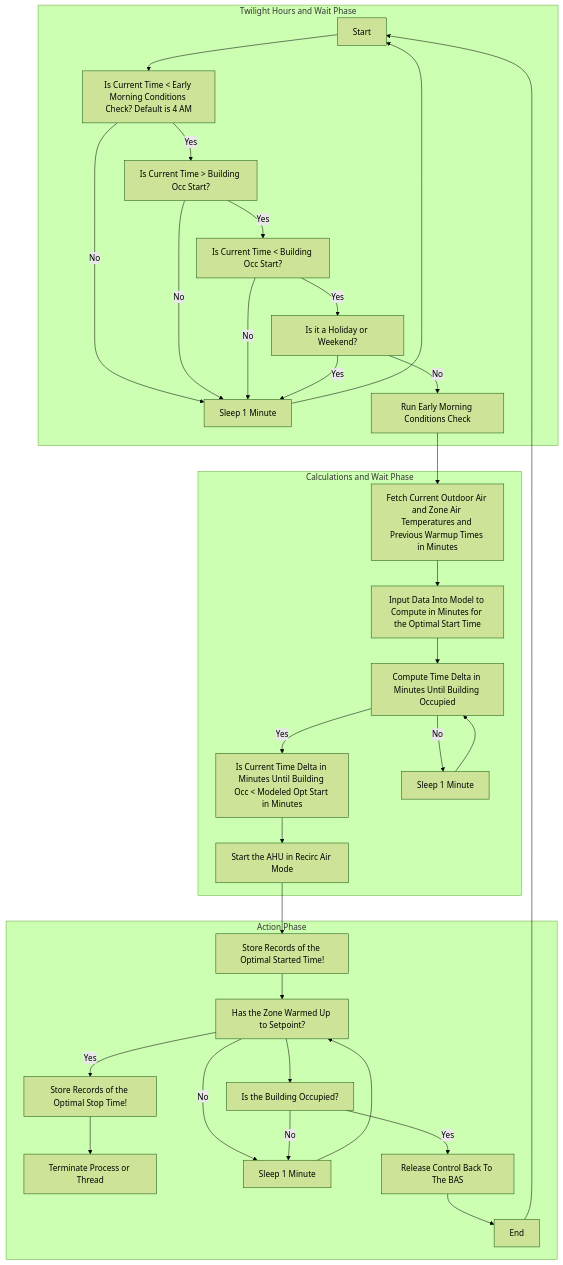
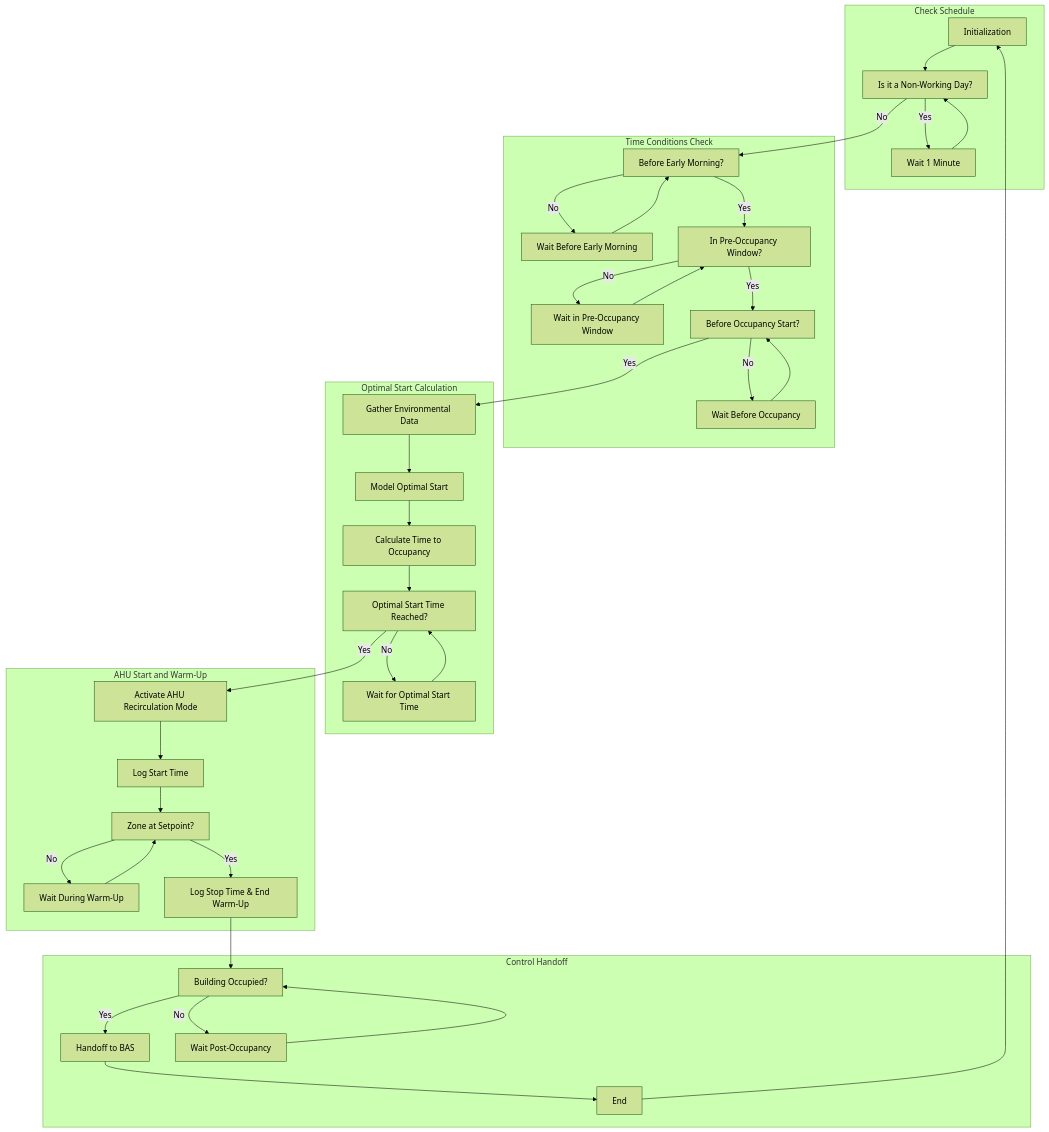
Before and after one commit to bbartling/OptimalStartStopHvac: the diagram in OptimalStartStop/README.md, drawn with Mermaid (forest theme).

Commit message:
Updated Mermaid for opt start stop README

````diff
--- a/OptimalStartStop/README.md
+++ b/OptimalStartStop/README.md
@@ -10,42 +10,52 @@
 ```mermaid
 graph TD
-    subgraph Phase1[Twilight Hours and Wait Phase]
-        CheckTime[Start] --> time0[Is Current Time < Early Morning Conditions Check? Default is 4 AM]
-        time0 -->|Yes| time1[Is Current Time > Building Occ Start?]
-        time0 -->|No| sleepOneMinStart[Sleep 1 Minute]
-        time1 -->|Yes| time2[Is Current Time < Building Occ Start?]
-        time1 -->|No| sleepOneMinStart
-        time2 -->|Yes| holidayWeekendCheck[Is it a Holiday or Weekend?]
-        time2 -->|No| sleepOneMinStart
-        holidayWeekendCheck -->|No| conditionCheck[Run Early Morning Conditions Check]
-        holidayWeekendCheck -->|Yes| sleepOneMinStart
+
+    subgraph CheckSchedule["Check Schedule"]
+        Initialization[Initialization] --> NonWorkingDayCheck["Is it a Non-Working Day?"]
+        NonWorkingDayCheck -->|Yes| WaitNonWorking["Wait 1 Minute"]
+        WaitNonWorking --> NonWorkingDayCheck
     end
 
-    subgraph Phase2[Calculations and Wait Phase]
-        conditionCheck --> sqlForConditionCheck[Fetch Current Outdoor Air and Zone Air Temperatures and Previous Warmup Times in Minutes]
-        sqlForConditionCheck --> modelOptStartData[Input Data Into Model to Compute in Minutes for the Optimal Start Time]
-        modelOptStartData --> computeTimeDeltaUntilBuildOcc[Compute Time Delta in Minutes Until Building Occupied]
-        computeTimeDeltaUntilBuildOcc -->|Yes| timeCheckBeforeOcc[Is Current Time Delta in Minutes Until Building Occ < Modeled Opt Start in Minutes]
-        computeTimeDeltaUntilBuildOcc -->|No| sleepOneMinOptStart[Sleep 1 Minute]
-        sleepOneMinOptStart --> computeTimeDeltaUntilBuildOcc
-        timeCheckBeforeOcc --> equipmentStart[Start the AHU in Recirc Air Mode]
+    subgraph TimeConditionsCheck["Time Conditions Check"]
+        NonWorkingDayCheck -->|No| BeforeEarlyMorningCheck["Before Early Morning?"]
+        BeforeEarlyMorningCheck -->|No| WaitBeforeEarlyMorning["Wait Before Early Morning"]
+        WaitBeforeEarlyMorning --> BeforeEarlyMorningCheck
+
+        BeforeEarlyMorningCheck -->|Yes| PreOccupancyWindowCheck["In Pre-Occupancy Window?"]
+        PreOccupancyWindowCheck -->|No| WaitPreOccupancyWindow["Wait in Pre-Occupancy Window"]
+        WaitPreOccupancyWindow --> PreOccupancyWindowCheck
+
+        PreOccupancyWindowCheck -->|Yes| BeforeOccupancyStartCheck["Before Occupancy Start?"]
+        BeforeOccupancyStartCheck -->|No| WaitBeforeOccupancy["Wait Before Occupancy"]
+        WaitBeforeOccupancy --> BeforeOccupancyStartCheck
     end
 
-    subgraph Phase3[Action Phase]
-        equipmentStart --> recordCacheStart[Store Records of the Optimal Started Time!]
-        recordCacheStart --> hasZoneWarmedUp[Has the Zone Warmed Up to Setpoint?]
-        hasZoneWarmedUp -->|Yes| warmUpComplete[Store Records of the Optimal Stop Time!]
-        warmUpComplete --> terminateThread[Terminate Process or Thread]
-        hasZoneWarmedUp -->|No| hasZoneWarmedUpSleep[Sleep 1 Minute]
-        hasZoneWarmedUpSleep --> hasZoneWarmedUp
-        hasZoneWarmedUp --> isBuildingOccupied[Is the Building Occupied?]
-        isBuildingOccupied -->|Yes| releaseBackToBas[Release Control Back To The BAS]
-        isBuildingOccupied -->|No| hasZoneWarmedUpSleep
-        releaseBackToBas --> End[End]
+    subgraph OptimalStartCalculation["Optimal Start Calculation"]
+        BeforeOccupancyStartCheck -->|Yes| GatherEnvironmentalData["Gather Environmental Data"]
+        GatherEnvironmentalData --> ModelOptimalStart["Model Optimal Start"]
+        ModelOptimalStart --> CalculateTimeToOccupancy["Calculate Time to Occupancy"]
+        CalculateTimeToOccupancy --> OptimalStartTimeReachedCheck["Optimal Start Time Reached?"]
+        OptimalStartTimeReachedCheck -->|No| WaitOptimalStartTime["Wait for Optimal Start Time"]
+        WaitOptimalStartTime --> OptimalStartTimeReachedCheck
     end
 
-    sleepOneMinStart --> CheckTime
-    End --> CheckTime[Start]
+    subgraph AHUStartAndWarmUp["AHU Start and Warm-Up"]
+        OptimalStartTimeReachedCheck -->|Yes| ActivateAHURecirculation["Activate AHU Recirculation Mode"]
+        ActivateAHURecirculation --> LogStartTime["Log Start Time"]
+        LogStartTime --> ZoneAtSetpointCheck["Zone at Setpoint?"]
+        ZoneAtSetpointCheck -->|No| WaitDuringWarmUp["Wait During Warm-Up"]
+        ZoneAtSetpointCheck -->|Yes| LogStopTimeAndEndWarmUp["Log Stop Time & End Warm-Up"]
+        WaitDuringWarmUp --> ZoneAtSetpointCheck
+    end
 
+    subgraph ControlHandoff["Control Handoff"]
+        LogStopTimeAndEndWarmUp --> BuildingOccupiedCheck["Building Occupied?"]
+        BuildingOccupiedCheck -->|Yes| HandoffToBAS["Handoff to BAS"]
+        BuildingOccupiedCheck -->|No| WaitPostOccupancy["Wait Post-Occupancy"]
+        WaitPostOccupancy --> BuildingOccupiedCheck
+        HandoffToBAS --> End[End]
+    end
+
+    End --> Initialization
 
 ```
````
